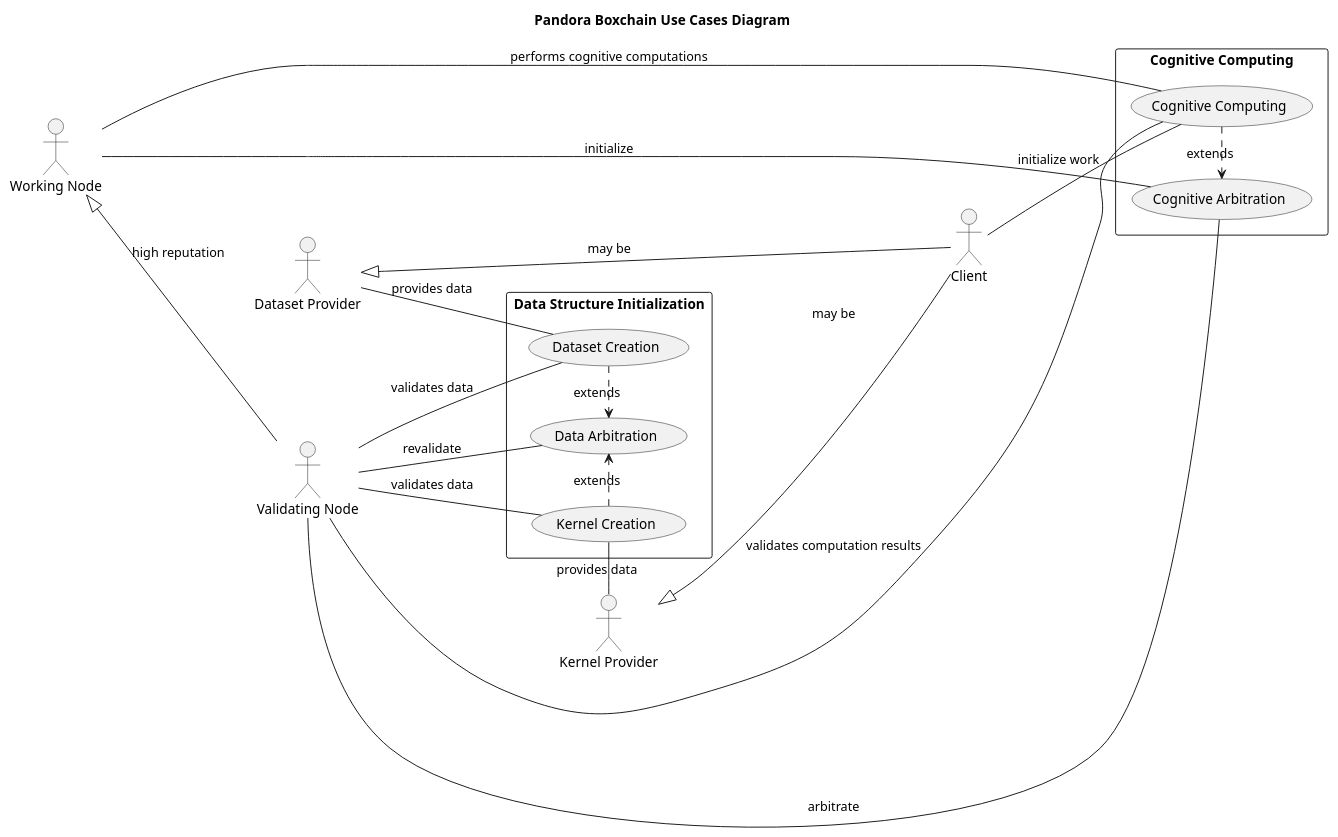
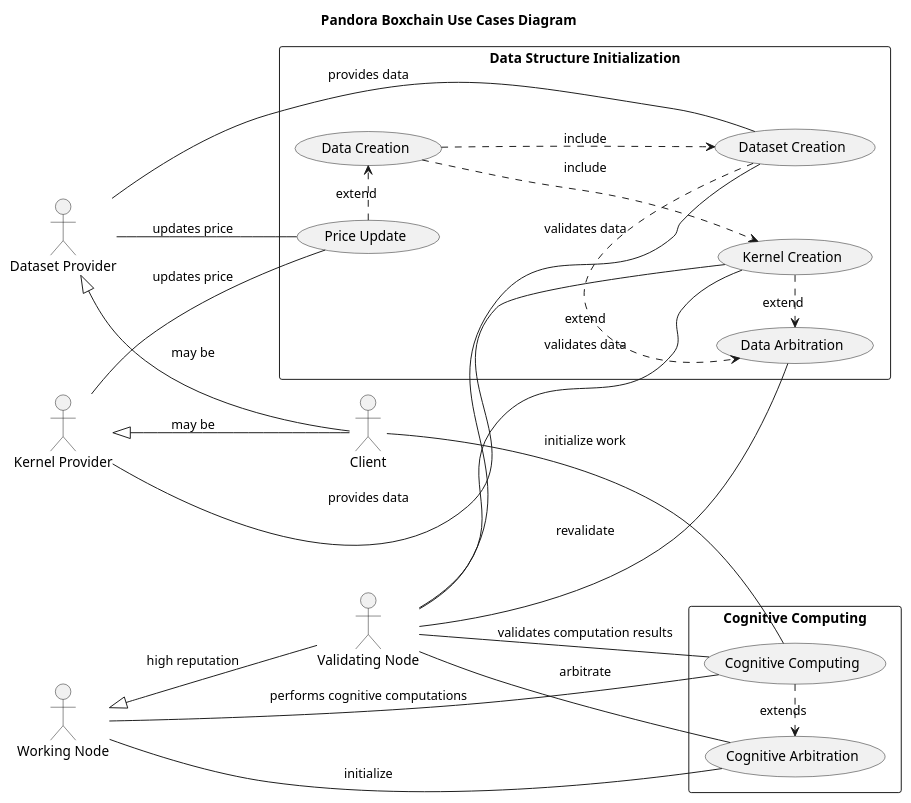
The diagram in use_cases.plantuml (pandoraboxchain/pocw-techspecs), drawn with PlantUML before and after one commit.

```diff
--- a/use_cases.plantuml
+++ b/use_cases.plantuml
@@ -1,44 +1,55 @@
 @startuml
 left to right direction
 skinparam packageStyle rectangle
 
 title Pandora Boxchain Use Cases Diagram
 
 actor :Kernel Provider: as KP
 actor :Dataset Provider: as DP
 actor :Client: as C
 actor :Working Node: as WN
 actor :Validating Node: as VN
 
 KP <|-- C : may be
 DP <|-- C : may be
 WN <|-- VN : high reputation
 
 rectangle "Data Structure Initialization" {
+  usecase (Data Creation) as newData
   usecase (Kernel Creation) as newKernel
   usecase (Dataset Creation) as newDataset
   usecase (Data Arbitration) as dataArbitration
+  usecase (Price Update) as priceUpdate
+
+  newData .> newKernel: include
+  newData .> newDataset: include
+  priceUpdate .> newData: extend
 
   KP -l- (newKernel): provides data
   VN -- (newKernel): validates data
+  KP -- (priceUpdate): updates price
 
   DP -- (newDataset): provides data
   VN -- (newDataset): validates data
+  DP -- (priceUpdate): updates price
 
-  newKernel .> dataArbitration: extends
-  newDataset .> dataArbitration: extends
+  newKernel .> dataArbitration: extend
+  newDataset .> dataArbitration: extend
   VN -- (dataArbitration): revalidate
+
+  newData -[hidden]- newKernel
+  newData -[hidden]- newDataset
 }
 
 rectangle "Cognitive Computing" {
   usecase (Cognitive Computing) as cognition
   usecase (Cognitive Arbitration) as cognitiveArbitration
 
   C -- (cognition): initialize work
   cognition .> cognitiveArbitration: extends
   WN -- (cognition): performs cognitive computations
   VN -- (cognition): validates computation results
   WN -- (cognitiveArbitration): initialize
   VN -- (cognitiveArbitration): arbitrate
 }
 @enduml
```
